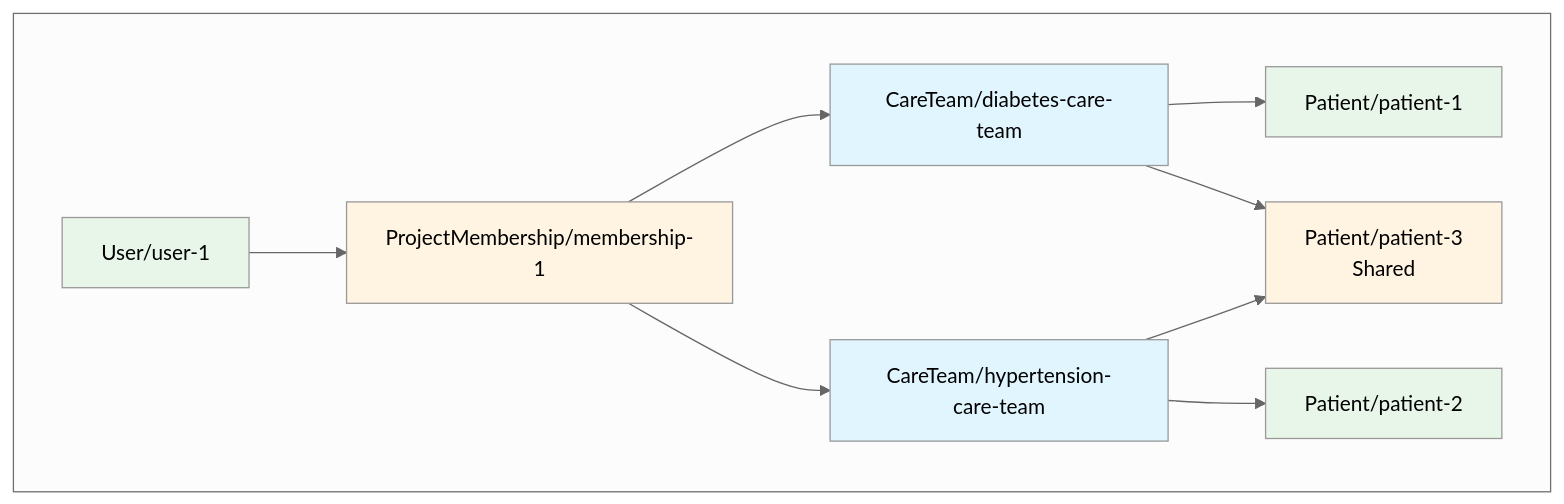
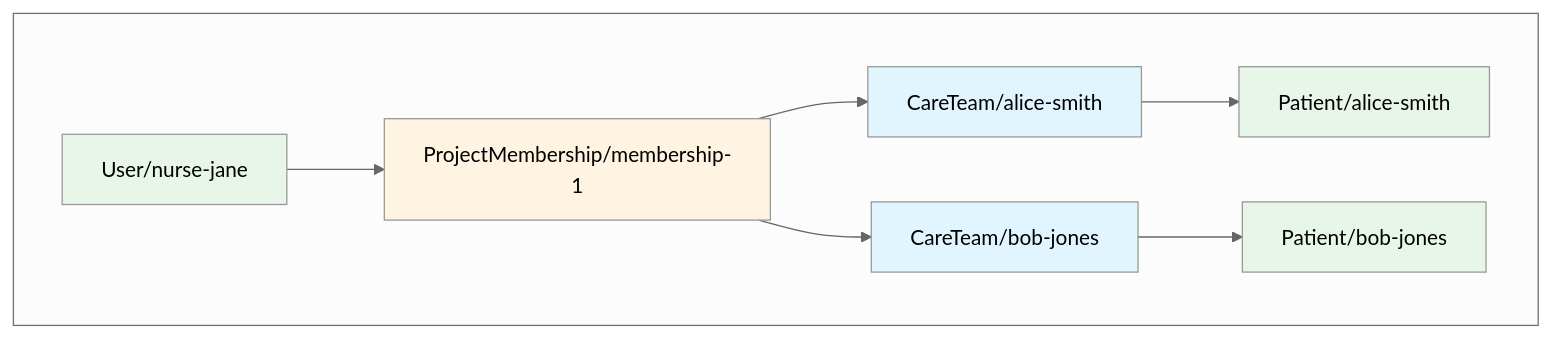
The fourth of 4 diagrams in packages/docs/docs/access/multi-tenant-access-policy.md (medplum/medplum), drawn with Mermaid before and after one commit. The commit also changed other lines of this file, not shown here.

Commit message:
docs(access): clarify per-patient CareTeam tenancy pattern and cardinality
- Use per-patient CareTeam names in Step 1 diagram (alice-smith, bob-jones)
  to signal that fine-grained tenants are valid and intended
- Remove shared-patient node; per-patient CareTeams are 1:1 with patients
- Add sentence to CareTeam bullet explaining the pattern works at any
  granularity, including one CareTeam per patient
- Add cardinality note in "multiple tenants" section: 100 patients →
  100 access entries is expected and supported

````diff
--- a/packages/docs/docs/access/multi-tenant-access-policy.md
+++ b/packages/docs/docs/access/multi-tenant-access-policy.md
@@ -183,28 +183,24 @@
 ```mermaid
 %%{init: {'theme': 'neutral' }}%%
 graph TB
     subgraph CTSection[" "]
-        UserCT[User/user-1]
+        UserCT[User/nurse-jane]
         PMCT[ProjectMembership/membership-1]
-        CT1[CareTeam/diabetes-care-team]
-        CT2[CareTeam/hypertension-care-team]
-        PatCT1[Patient/patient-1]
-        PatCT2[Patient/patient-2]
-        PatCTShared[Patient/patient-3<br/>Shared]
+        CT1[CareTeam/alice-smith]
+        CT2[CareTeam/bob-jones]
+        PatCT1[Patient/alice-smith]
+        PatCT2[Patient/bob-jones]
         UserCT --> PMCT
         PMCT --> CT1
         PMCT --> CT2
         CT1 --> PatCT1
-        CT1 --> PatCTShared
         CT2 --> PatCT2
-        CT2 --> PatCTShared
     end
-    
+
     style UserCT fill:#e8f5e9
     style PMCT fill:#fff4e1
     style CT1 fill:#e1f5ff
     style CT2 fill:#e1f5ff
     style PatCT1 fill:#e8f5e9
     style PatCT2 fill:#e8f5e9
-    style PatCTShared fill:#fff4e1
 ```
````
